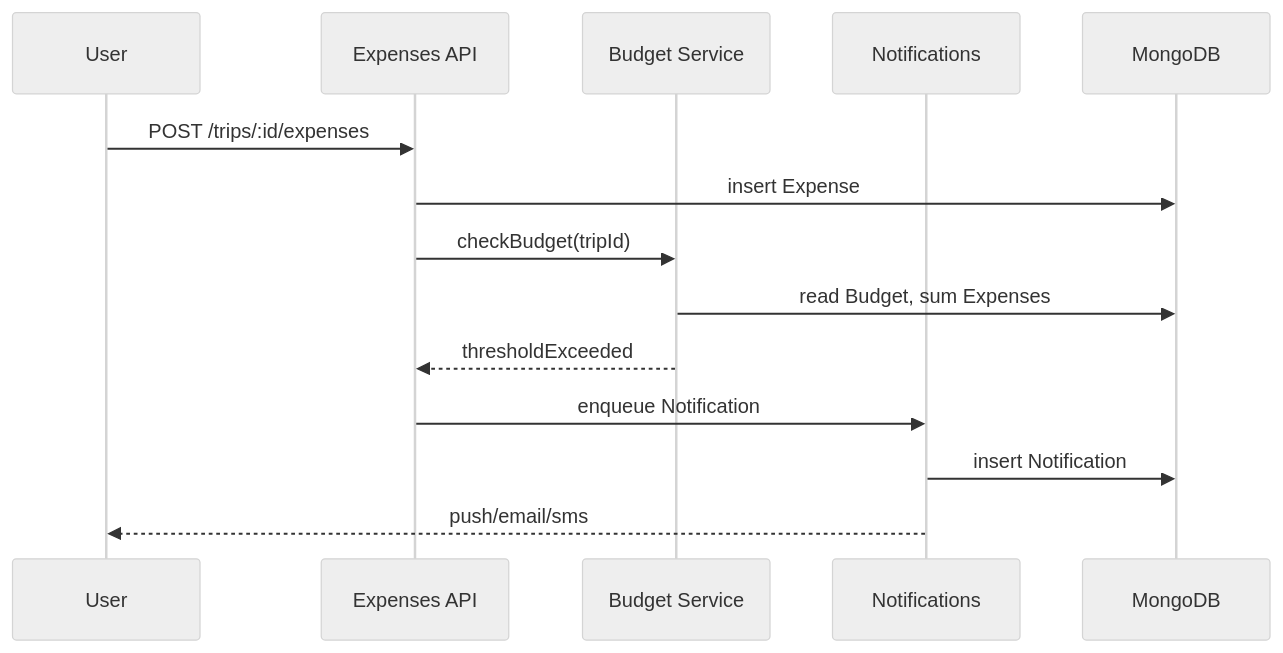
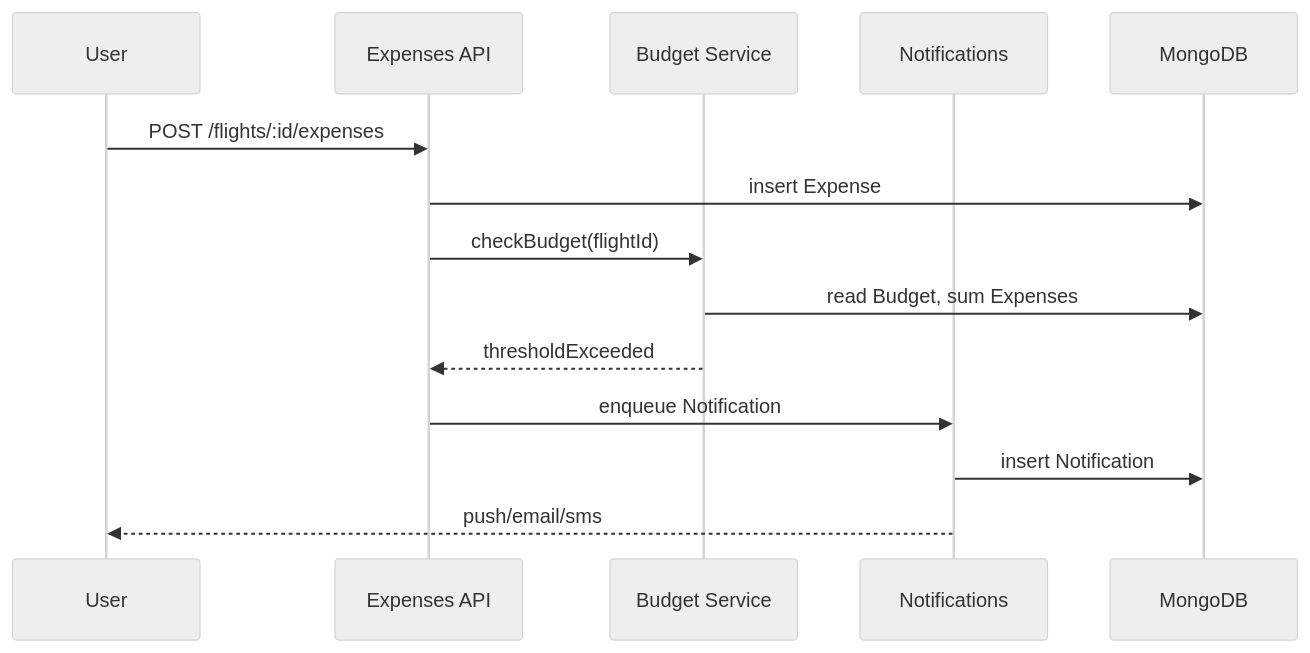
One commit to Colin-Stark/travelwise-server changed the fourth of 4 diagrams in projectDescription.md. Above: the diagram before and after it, drawn with Mermaid (neutral theme). The commit also changed other lines of this file and 29 other files, not shown here.

````diff
--- a/projectDescription.md
+++ b/projectDescription.md
@@ -412,17 +412,17 @@
 ```mermaid
 sequenceDiagram
   participant U as User
   participant E as Expenses API
   participant B as Budget Service
   participant N as Notifications
   participant DB as MongoDB
 
-  U->>E: POST /trips/:id/expenses
+  U->>E: POST /flights/:id/expenses
   E->>DB: insert Expense
-  E->>B: checkBudget(tripId)
+  E->>B: checkBudget(flightId)
   B->>DB: read Budget, sum Expenses
   B-->>E: thresholdExceeded
   E->>N: enqueue Notification
   N->>DB: insert Notification
   N-->>U: push/email/sms
 ```
````
